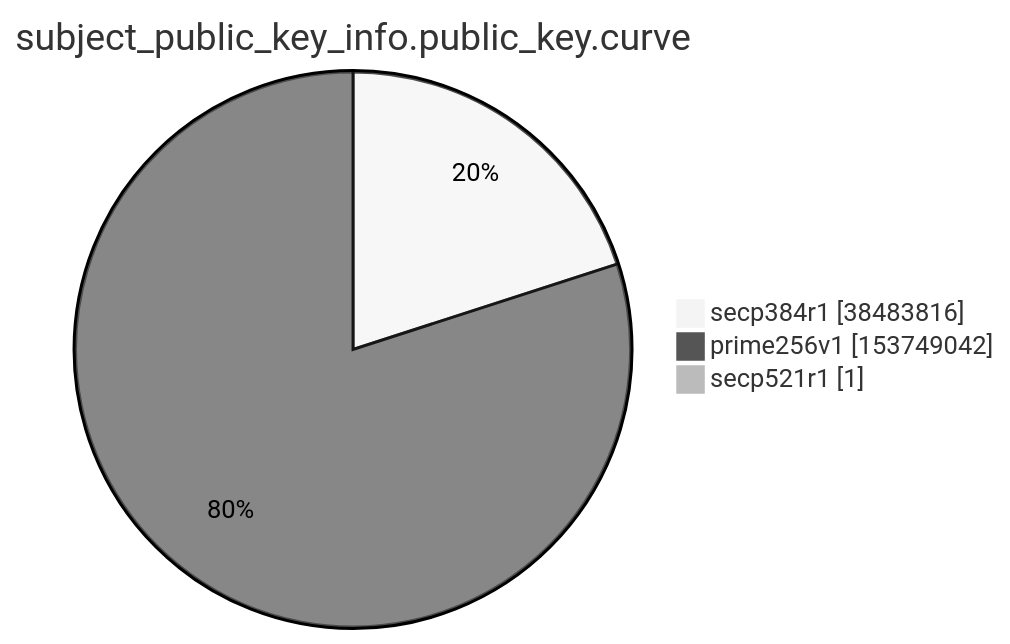
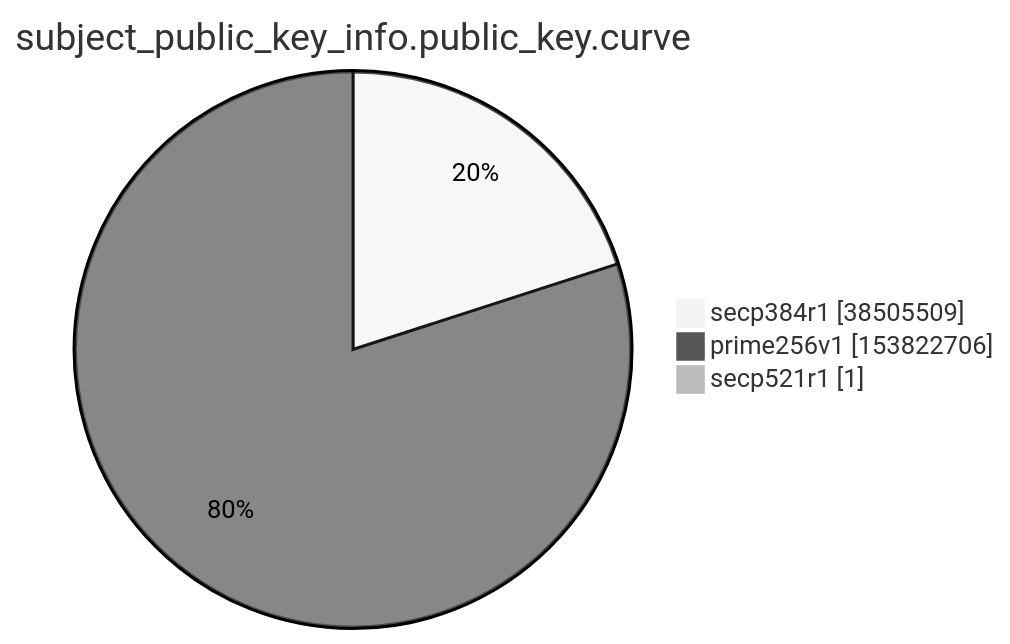
One commit to christiankrug/ctmonitor_visualization changed the ninth of 15 diagrams in xenon2022/README.md. Above: the diagram before and after it, drawn with Mermaid (neutral theme). The commit also changed other lines of this file, not shown here.

````diff
--- a/xenon2022/README.md
+++ b/xenon2022/README.md
@@ -2863,7 +2863,7 @@
 ```mermaid
 pie showData
 title subject_public_key_info.public_key.curve
-"secp384r1" :38483816
-"prime256v1" :153749042
+"secp384r1" :38505509
+"prime256v1" :153822706
 "secp521r1" :1
 ```
````
